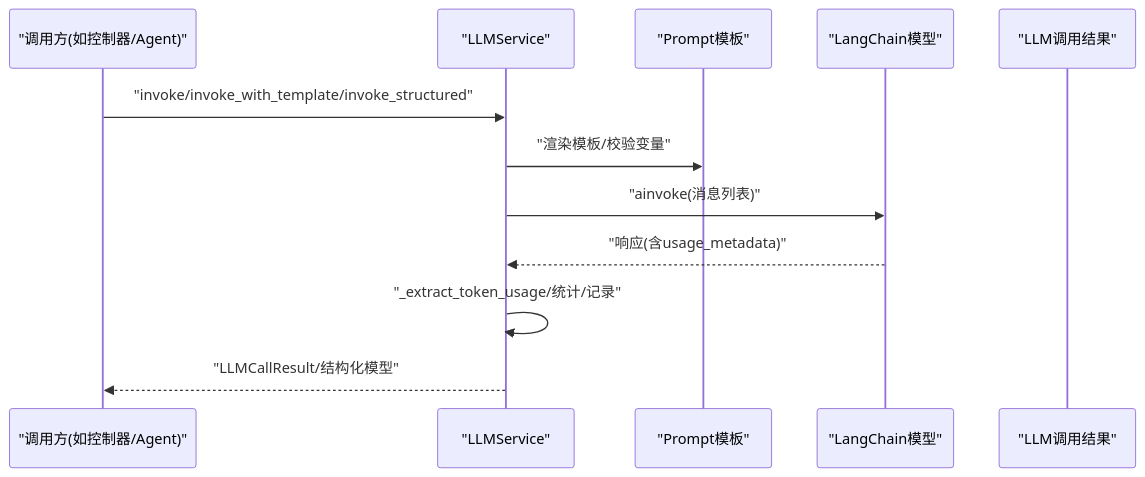
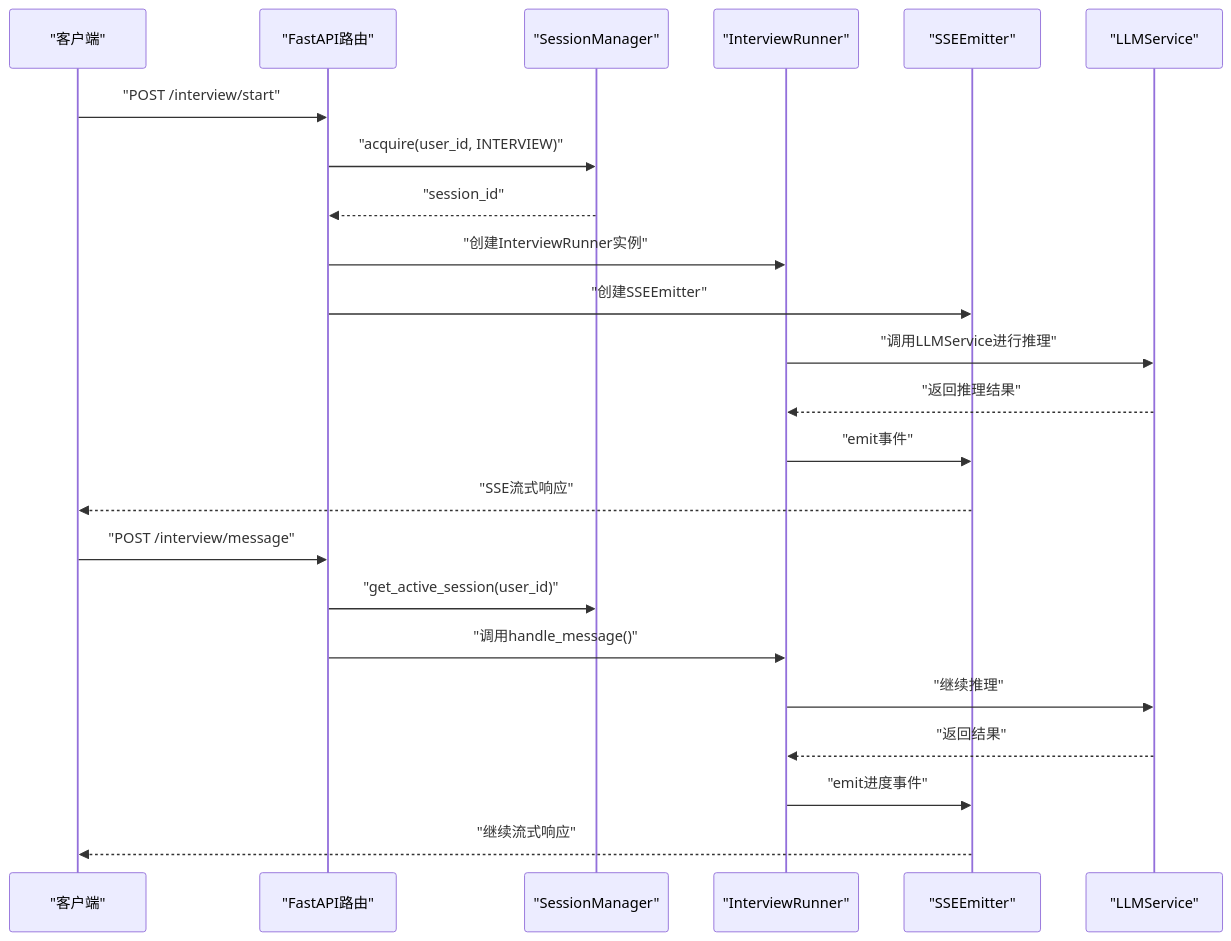
The second of 5 diagrams in .qoder/repowiki/zh/content/服务层架构/服务层架构.md (WangYiKai1017/zizuan), drawn with Mermaid before and after one commit. The commit also changed other lines of this file and 99 other files, not shown here.

````diff
--- a/.qoder/repowiki/zh/content/服务层架构/服务层架构.md
+++ b/.qoder/repowiki/zh/content/服务层架构/服务层架构.md
@@ -103,14 +137,25 @@
 ```mermaid
 sequenceDiagram
-participant C as "调用方(如控制器/Agent)"
+participant C as "客户端"
+participant API as "FastAPI路由"
+participant SM as "SessionManager"
+participant IR as "InterviewRunner"
+participant SSE as "SSEEmitter"
 participant L as "LLMService"
-participant P as "Prompt模板"
-participant M as "LangChain模型"
-participant R as "LLM调用结果"
-C->>L : "invoke/invoke_with_template/invoke_structured"
-L->>P : "渲染模板/校验变量"
-L->>M : "ainvoke(消息列表)"
-M-->>L : "响应(含usage_metadata)"
-L->>L : "_extract_token_usage/统计/记录"
-L-->>C : "LLMCallResult/结构化模型"
+C->>API : "POST /interview/start"
+API->>SM : "acquire(user_id, INTERVIEW)"
+SM-->>API : "session_id"
+API->>IR : "创建InterviewRunner实例"
+API->>SSE : "创建SSEEmitter"
+IR->>L : "调用LLMService进行推理"
+L-->>IR : "返回推理结果"
+IR->>SSE : "emit事件"
+SSE-->>C : "SSE流式响应"
+C->>API : "POST /interview/message"
+API->>SM : "get_active_session(user_id)"
+API->>IR : "调用handle_message()"
+IR->>L : "继续推理"
+L-->>IR : "返回结果"
+IR->>SSE : "emit进度事件"
+SSE-->>C : "继续流式响应"
 ```
````
